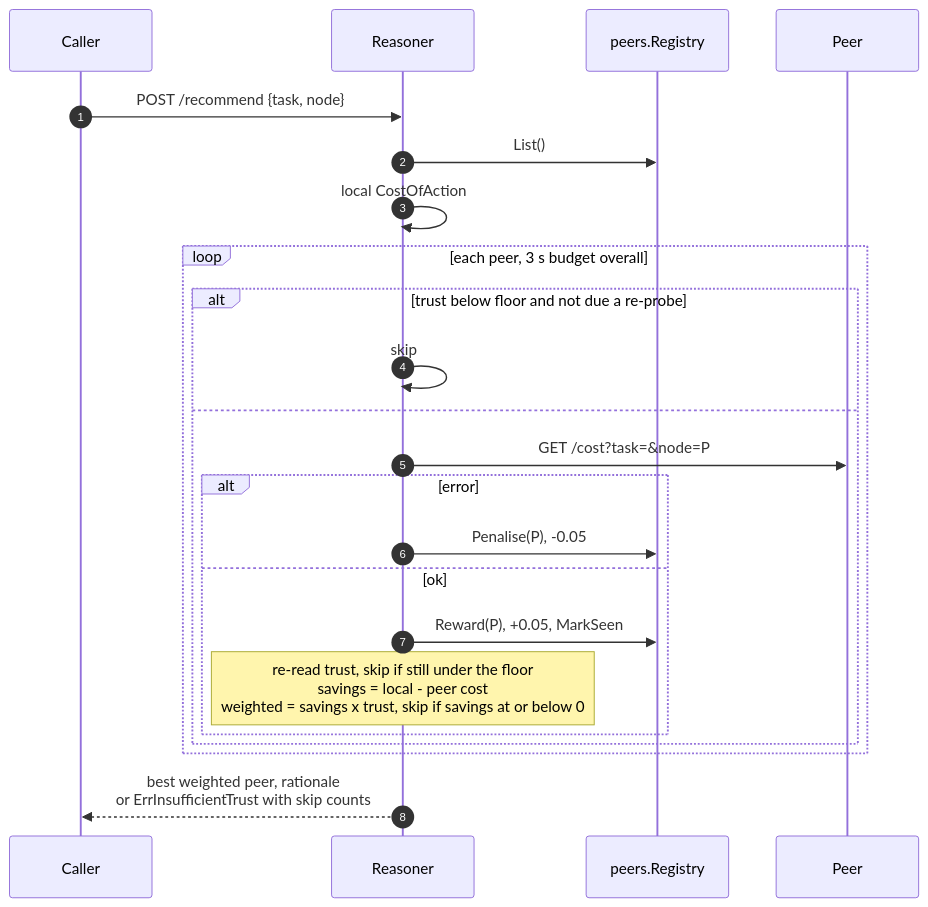
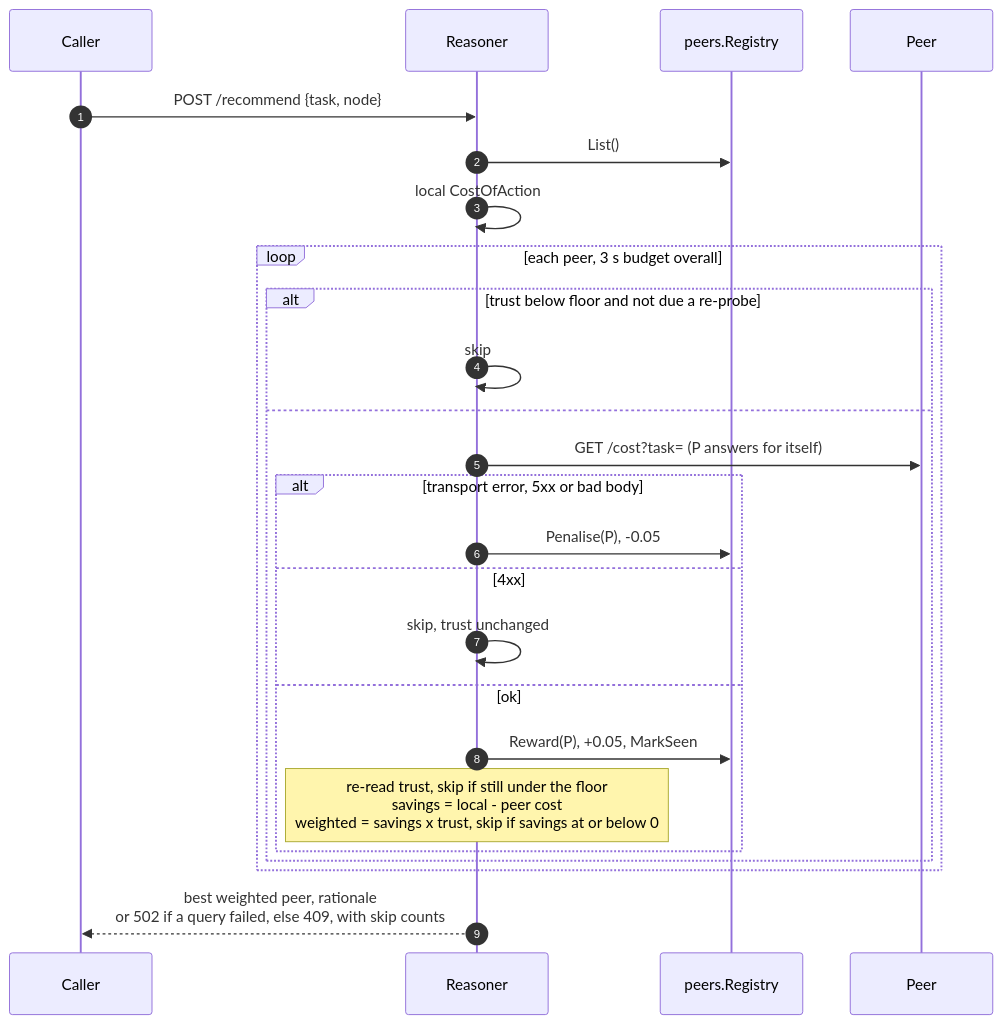
Diagram 15 of 21 in docs/architecture-diagrams.md (DiyazY/di-agent), drawn with Mermaid before and after one commit. The commit also changed other lines of this file and 2 other files, not shown here.

Commit message:
docs: match peer trust diagrams to the 4xx and 502 rules from main
Main now asks each peer for its own cost, leaves a peer's 4xx unpenalised,
and answers 502 when a peer query failed. Update the trust state diagram,
the recommend sequence, the call table and the ARCHITECTURE trust text.

````diff
--- a/docs/architecture-diagrams.md
+++ b/docs/architecture-diagrams.md
@@ -516,26 +517,28 @@
 ```mermaid
 sequenceDiagram
     autonumber
     participant Cl as Caller
     participant R as Reasoner
     participant Reg as peers.Registry
     participant P as Peer
 
     Cl->>R: POST /recommend {task, node}
     R->>Reg: List()
     R->>R: local CostOfAction
     loop each peer, 3 s budget overall
         alt trust below floor and not due a re-probe
             R->>R: skip
         else
-            R->>P: GET /cost?task=&node=P
-            alt error
+            R->>P: GET /cost?task= (P answers for itself)
+            alt transport error, 5xx or bad body
                 R->>Reg: Penalise(P), -0.05
+            else 4xx
+                R->>R: skip, trust unchanged
             else ok
                 R->>Reg: Reward(P), +0.05, MarkSeen
                 Note over R: re-read trust, skip if still under the floor<br/>savings = local - peer cost<br/>weighted = savings x trust, skip if savings at or below 0
             end
         end
     end
-    R-->>Cl: best weighted peer, rationale<br/>or ErrInsufficientTrust with skip counts
+    R-->>Cl: best weighted peer, rationale<br/>or 502 if a query failed, else 409, with skip counts
 ```
````
